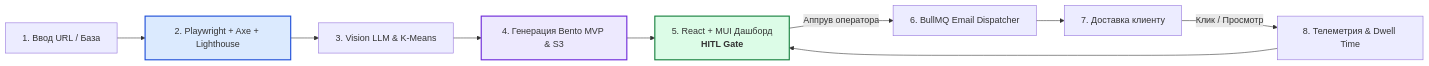
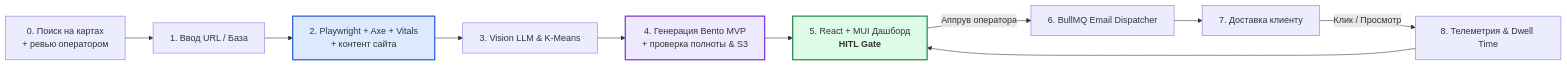
Before and after one commit to yurykurouski/revamp-docs: the diagram in README.md, drawn with Mermaid. The commit also changed other lines of this file and 6 other files, not shown here.

````diff
--- a/README.md
+++ b/README.md
@@ -75,15 +83,16 @@
 ```mermaid
 flowchart LR
-    A["1. Ввод URL / База"] --> B["2. Playwright + Axe + Lighthouse"]
+    Z["0. Поиск на картах<br/>+ ревью оператором"] --> A
+    A["1. Ввод URL / База"] --> B["2. Playwright + Axe + Vitals<br/>+ контент сайта"]
     B --> C["3. Vision LLM & K-Means"]
-    C --> D["4. Генерация Bento MVP & S3"]
+    C --> D["4. Генерация Bento MVP<br/>+ проверка полноты & S3"]
     D --> E["5. React + MUI Дашборд<br/><b>HITL Gate</b>"]
     E -->|Аппрув оператора| F["6. BullMQ Email Dispatcher"]
     F --> G["7. Доставка клиенту"]
     G -->|Клик / Просмотр| H["8. Телеметрия & Dwell Time"]
     H --> E
 
     style E fill:#dcfce7,stroke:#15803d,stroke-width:2px
     style D fill:#ede9fe,stroke:#6d28d9,stroke-width:2px
     style B fill:#dbeafe,stroke:#1d4ed8,stroke-width:2px
 ```
````
